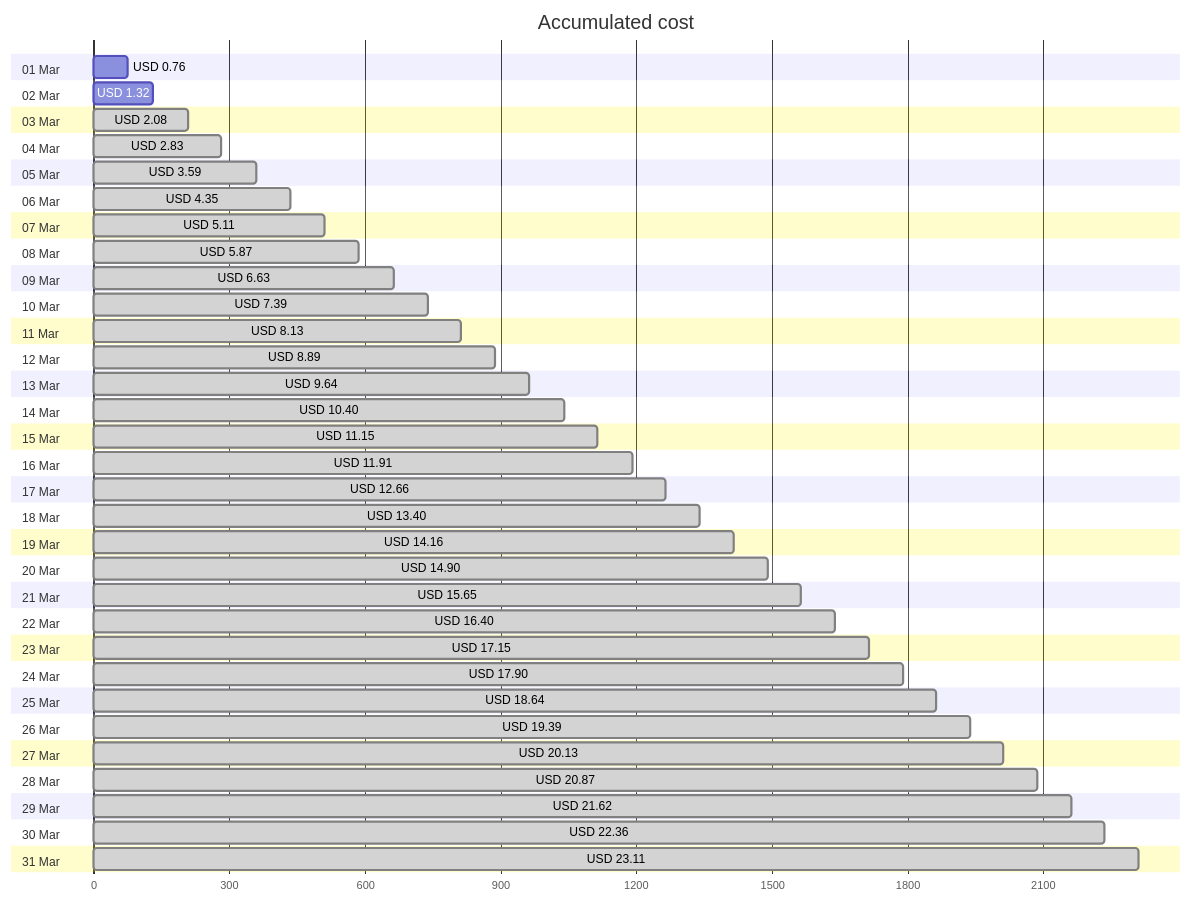
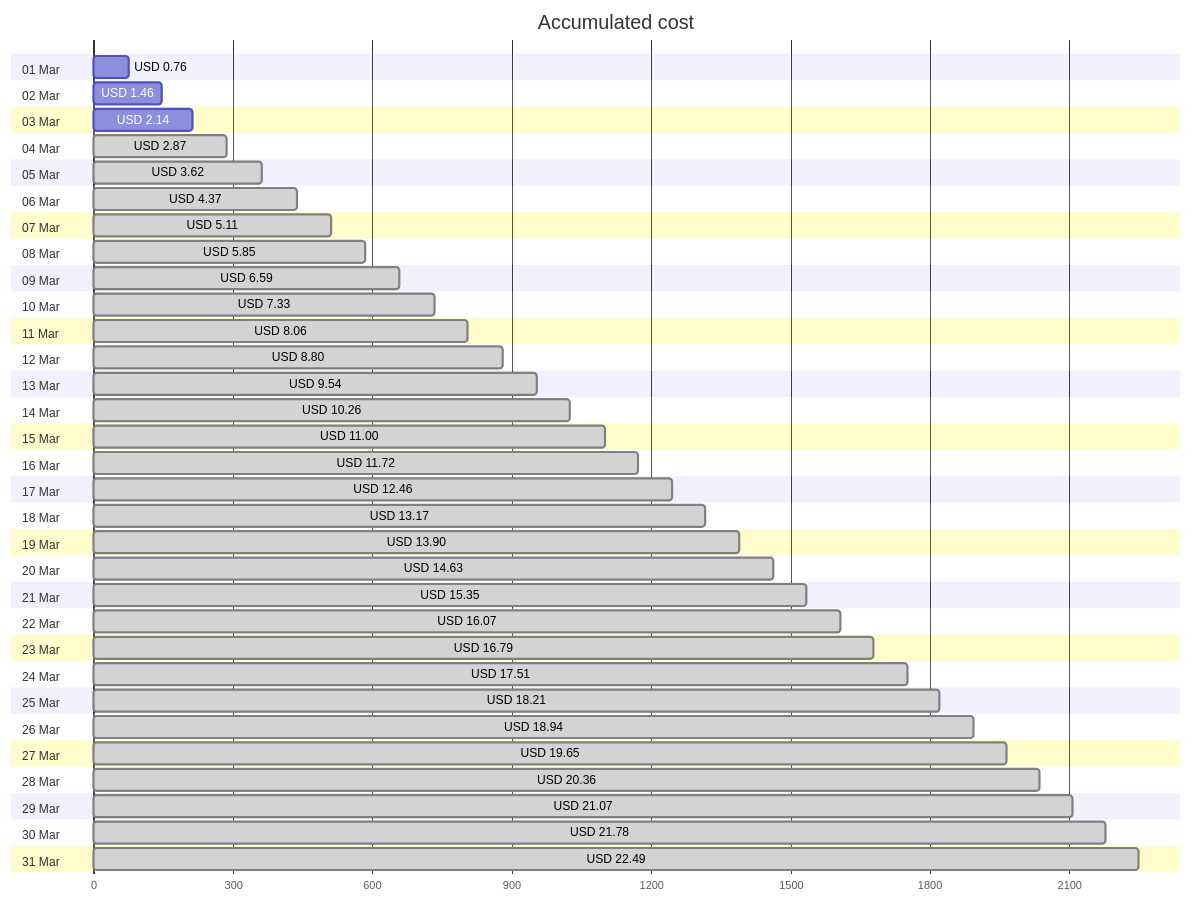
Before and after one commit to jpfulton/azure-personal-reports: the first of 4 diagrams in cost-reports/personal-network/backup-server-data-disk.md, drawn with Mermaid. The commit also changed other lines of this file and 8 other files, not shown here.

````diff
--- a/cost-reports/personal-network/backup-server-data-disk.md
+++ b/cost-reports/personal-network/backup-server-data-disk.md
@@ -20,68 +20,68 @@
 ```mermaid
 gantt
    title Accumulated cost
    dateFormat  X
    axisFormat %s
    section 01 Mar
    USD 0.76 :0, 76
    section 02 Mar
-   USD 1.32 :0, 132
+   USD 1.46 :0, 146
    section 03 Mar
-   USD 2.08 : done, 0, 208
+   USD 2.14 :0, 214
    section 04 Mar
-   USD 2.83 : done, 0, 283
+   USD 2.87 : done, 0, 287
    section 05 Mar
-   USD 3.59 : done, 0, 359
+   USD 3.62 : done, 0, 362
    section 06 Mar
-   USD 4.35 : done, 0, 435
+   USD 4.37 : done, 0, 437
    section 07 Mar
    USD 5.11 : done, 0, 511
    section 08 Mar
-   USD 5.87 : done, 0, 587
+   USD 5.85 : done, 0, 585
    section 09 Mar
-   USD 6.63 : done, 0, 663
+   USD 6.59 : done, 0, 659
    section 10 Mar
-   USD 7.39 : done, 0, 739
+   USD 7.33 : done, 0, 733
    section 11 Mar
-   USD 8.13 : done, 0, 813
+   USD 8.06 : done, 0, 806
    section 12 Mar
-   USD 8.89 : done, 0, 889
+   USD 8.80 : done, 0, 880
    section 13 Mar
-   USD 9.64 : done, 0, 964
+   USD 9.54 : done, 0, 954
    section 14 Mar
-   USD 10.40 : done, 0, 1040
+   USD 10.26 : done, 0, 1026
    section 15 Mar
-   USD 11.15 : done, 0, 1115
+   USD 11.00 : done, 0, 1100
    section 16 Mar
-   USD 11.91 : done, 0, 1191
+   USD 11.72 : done, 0, 1172
    section 17 Mar
-   USD 12.66 : done, 0, 1266
+   USD 12.46 : done, 0, 1246
    section 18 Mar
-   USD 13.40 : done, 0, 1340
+   USD 13.17 : done, 0, 1317
    section 19 Mar
-   USD 14.16 : done, 0, 1416
+   USD 13.90 : done, 0, 1390
    section 20 Mar
-   USD 14.90 : done, 0, 1490
+   USD 14.63 : done, 0, 1463
    section 21 Mar
-   USD 15.65 : done, 0, 1565
+   USD 15.35 : done, 0, 1535
    section 22 Mar
-   USD 16.40 : done, 0, 1640
+   USD 16.07 : done, 0, 1607
    section 23 Mar
-   USD 17.15 : done, 0, 1715
+   USD 16.79 : done, 0, 1679
    section 24 Mar
-   USD 17.90 : done, 0, 1790
+   USD 17.51 : done, 0, 1751
    section 25 Mar
-   USD 18.64 : done, 0, 1864
+   USD 18.21 : done, 0, 1821
    section 26 Mar
-   USD 19.39 : done, 0, 1939
+   USD 18.94 : done, 0, 1894
    section 27 Mar
-   USD 20.13 : done, 0, 2013
+   USD 19.65 : done, 0, 1965
    section 28 Mar
-   USD 20.87 : done, 0, 2087
+   USD 20.36 : done, 0, 2036
    section 29 Mar
-   USD 21.62 : done, 0, 2162
+   USD 21.07 : done, 0, 2107
    section 30 Mar
-   USD 22.36 : done, 0, 2236
+   USD 21.78 : done, 0, 2178
    section 31 Mar
-   USD 23.11 : done, 0, 2311
+   USD 22.49 : done, 0, 2249
 ```
````
